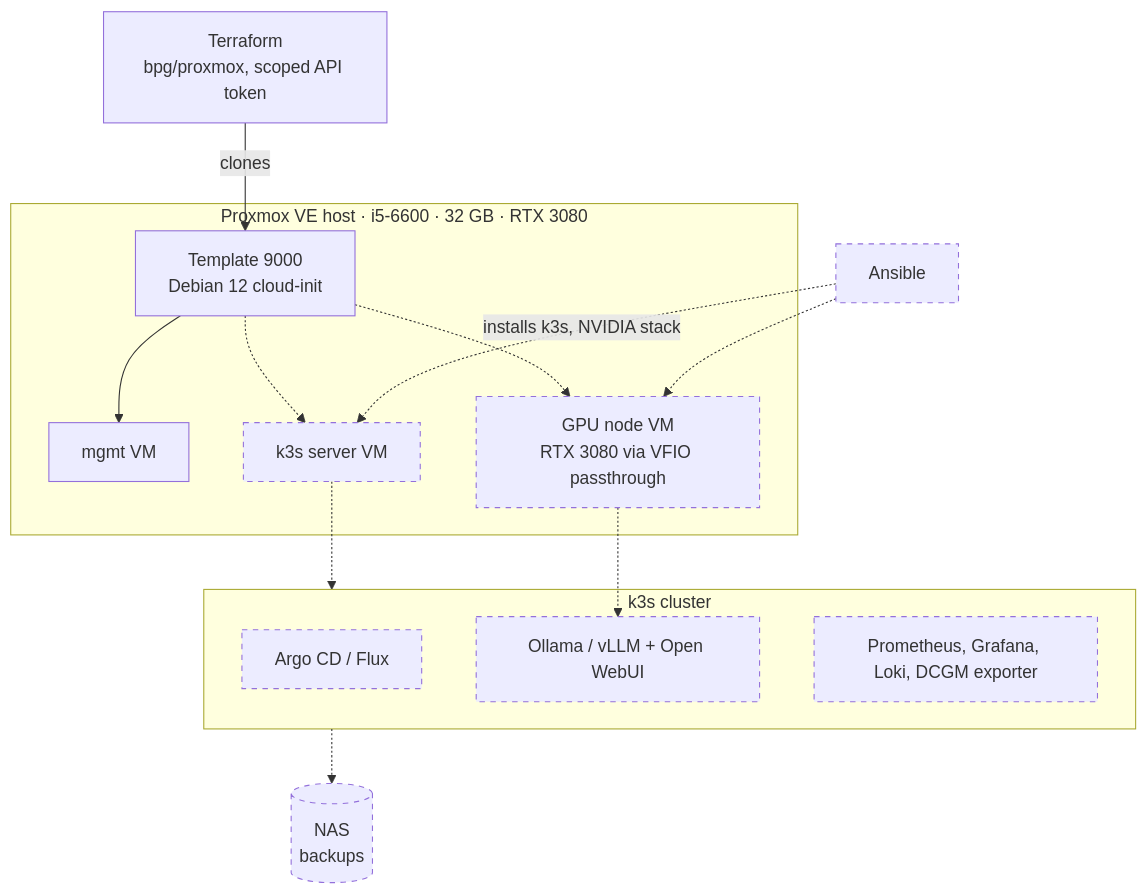
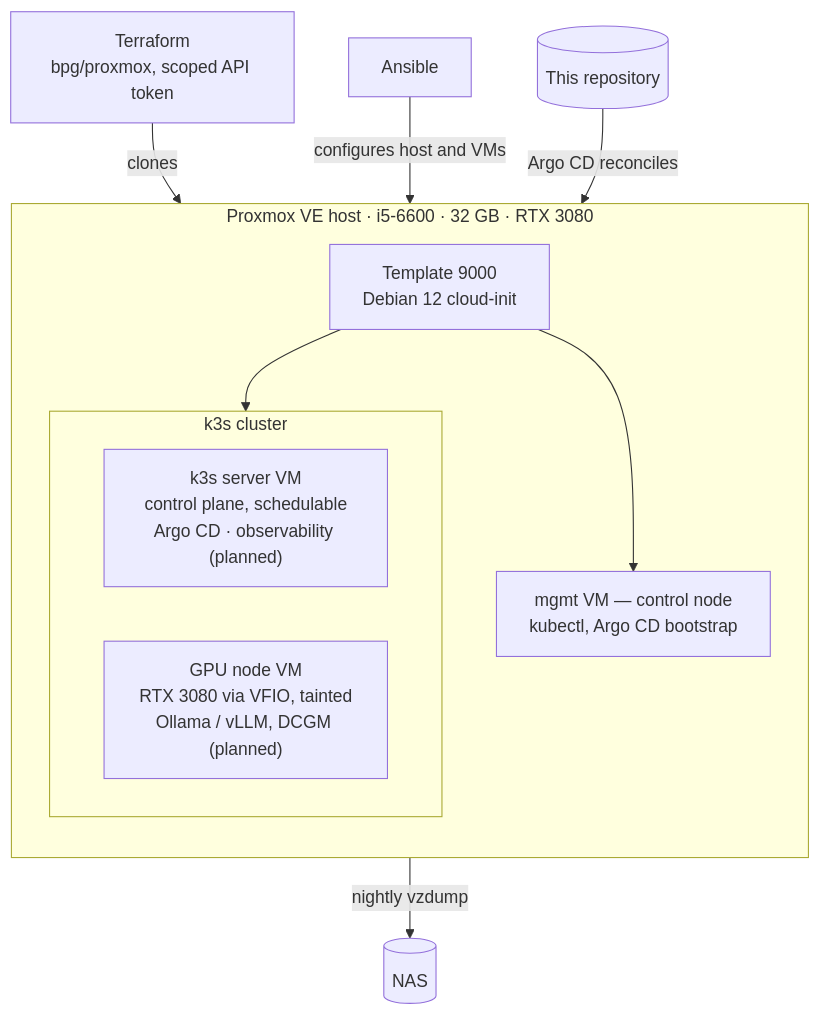
Before and after one commit to jeremyshawnjackson/homelab-iac: the diagram in README.md, drawn with Mermaid. The commit also changed other lines of this file and 4 other files, not shown here.

First line of the commit message:
Phase 4: document Ansible, k3s and the GitOps bootstrap

````diff
--- a/README.md
+++ b/README.md
@@ -11,28 +13,27 @@
 ```mermaid
 flowchart TB
+  tf["Terraform<br/>bpg/proxmox, scoped API token"]
+  ans["Ansible"]
+
   subgraph host["Proxmox VE host · i5-6600 · 32 GB · RTX 3080"]
+    direction TB
     tpl["Template 9000<br/>Debian 12 cloud-init"]
-    mgmt["mgmt VM"]
-    k3sS["k3s server VM"]:::planned
-    gpu["GPU node VM<br/>RTX 3080 via VFIO passthrough"]:::planned
+    mgmt["mgmt VM — control node<br/>kubectl, Argo CD bootstrap"]
+
+    subgraph k3s["k3s cluster"]
+      direction LR
+      srv["k3s server VM<br/>control plane, schedulable<br/>Argo CD · observability (planned)"]
+      gpu["GPU node VM<br/>RTX 3080 via VFIO, tainted<br/>Ollama / vLLM, DCGM (planned)"]
+    end
   end
 
-  tf["Terraform<br/>bpg/proxmox, scoped API token"] -->|clones| tpl
+  repo[("This repository")]
+  nas[("NAS")]
+
+  tf -->|clones| tpl
+  ans -->|configures host and VMs| host
   tpl --> mgmt
-  tpl -.-> k3sS
-  tpl -.-> gpu
-  ans["Ansible"]:::planned -.->|installs k3s, NVIDIA stack| k3sS
-  ans -.-> gpu
-
-  subgraph k3s["k3s cluster"]
-    argo["Argo CD / Flux"]:::planned
-    llm["Ollama / vLLM + Open WebUI"]:::planned
-    obs["Prometheus, Grafana, Loki, DCGM exporter"]:::planned
-  end
-  k3sS -.-> k3s
-  gpu -.-> llm
-  nas[("NAS<br/>backups")]:::planned
-  k3s -.-> nas
-
-  classDef planned stroke-dasharray: 5 5
+  tpl --> k3s
+  repo -->|Argo CD reconciles| k3s
+  host -->|nightly vzdump| nas
 ```
````
